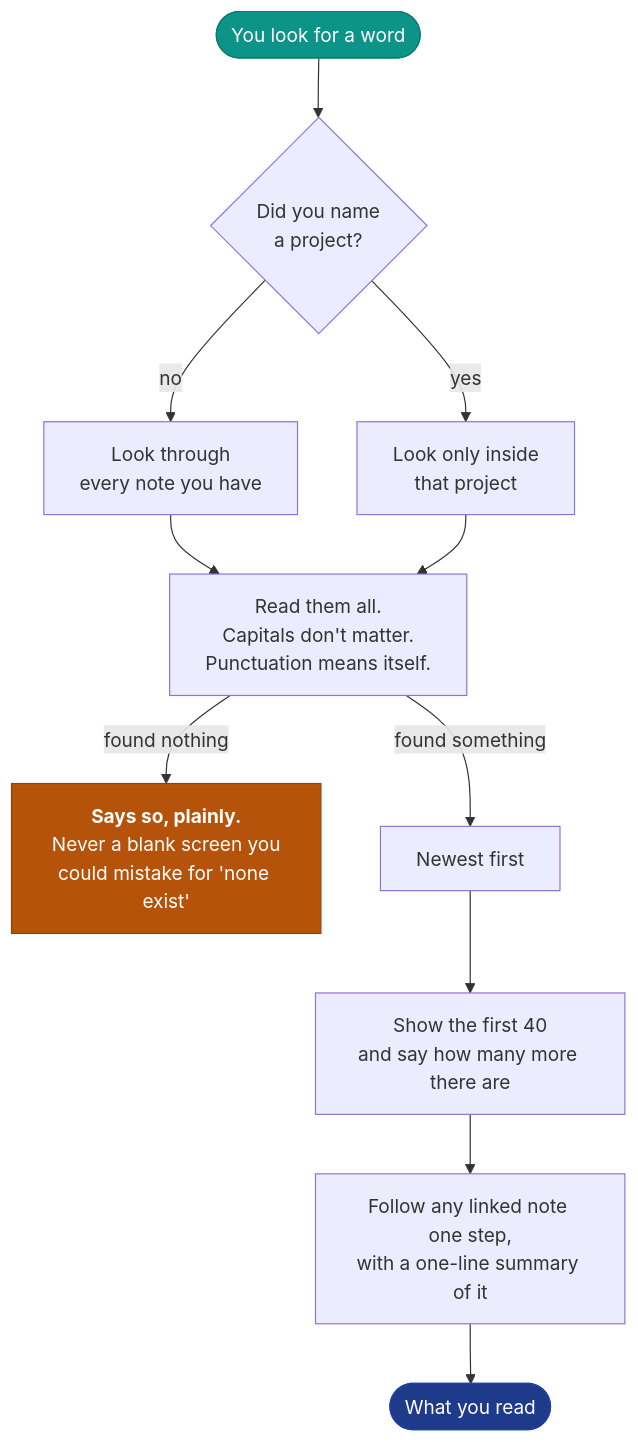
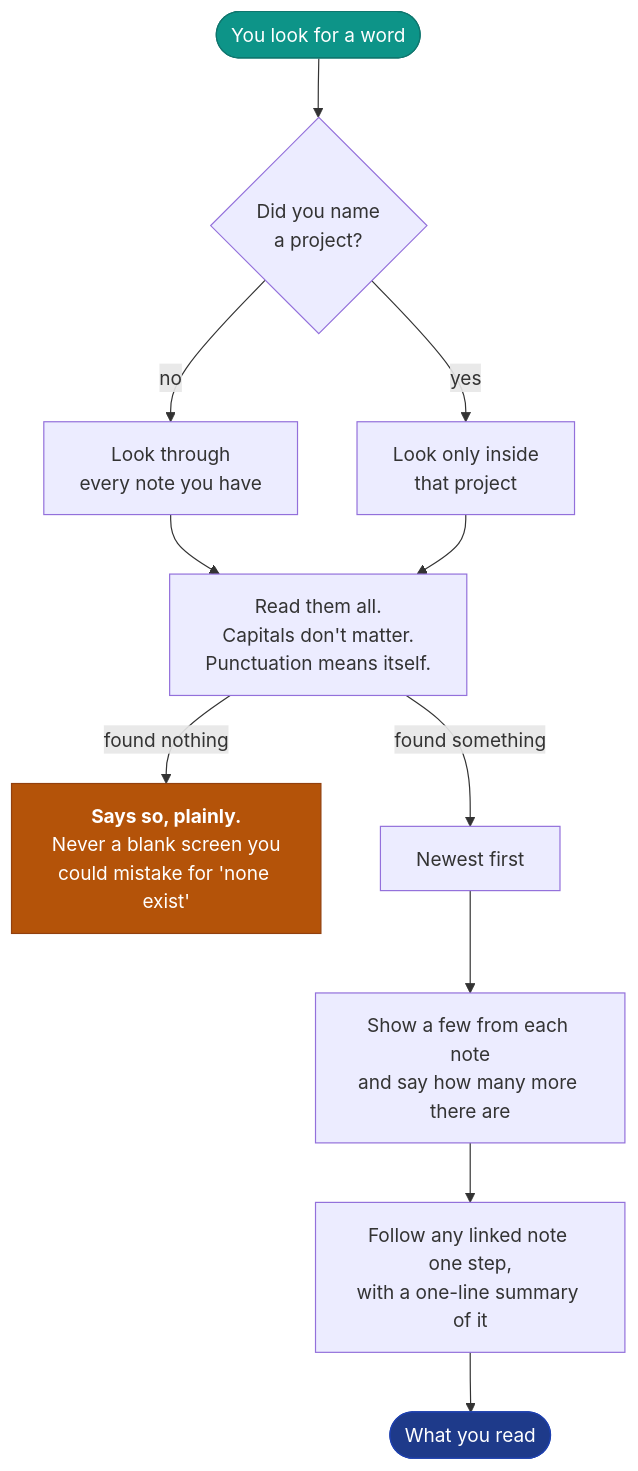
The second of 2 diagrams in README.md (rambaarde/create-ai-memory), drawn with Mermaid before and after one commit. The commit also changed other lines of this file and 3 other files, not shown here.

````diff
--- a/README.md
+++ b/README.md
@@ -353,20 +353,20 @@
 ```mermaid
 flowchart TD
     A(["You look for a word"]) --> B{"Did you name<br/>a project?"}
     B -->|"no"| C["Look through<br/>every note you have"]
     B -->|"yes"| D["Look only inside<br/>that project"]
     C --> E["Read them all.<br/>Capitals don't matter.<br/>Punctuation means itself."]
     D --> E
     E -->|"found nothing"| F["<b>Says so, plainly.</b><br/>Never a blank screen you<br/>could mistake for 'none exist'"]
     E -->|"found something"| G["Newest first"]
-    G --> H["Show the first 40<br/>and say how many more there are"]
+    G --> H["Show a few from each note<br/>and say how many more there are"]
     H --> I["Follow any linked note one step,<br/>with a one-line summary of it"]
     I --> J(["What you read"])
 
     classDef ask fill:#0d9488,stroke:#0f766e,color:#fff
     classDef care fill:#b45309,stroke:#92400e,color:#fff
     classDef done fill:#1e3a8a,stroke:#1e40af,color:#fff
     class A ask
     class F care
     class J done
 ```
````
